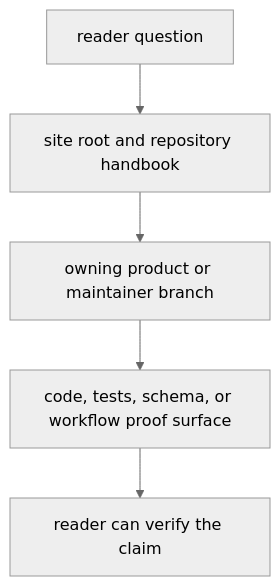
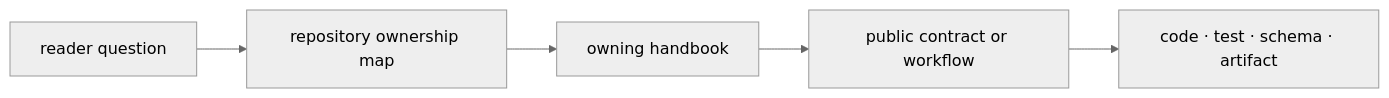
The diagram in docs/01-bijux-proteomics/foundation/documentation-system.md (bijux/bijux-proteomics), drawn with Mermaid (neutral theme) before and after one commit. The commit also changed other lines of this file and 2 other files, not shown here.

Commit message:
docs(repository): define public ownership navigation

````diff
--- a/docs/01-bijux-proteomics/foundation/documentation-system.md
+++ b/docs/01-bijux-proteomics/foundation/documentation-system.md
@@ -18,13 +32,9 @@
 ```mermaid
-flowchart TB
+flowchart LR
     question["reader question"]
-    root["site root and repository handbook"]
-    branch["owning product or maintainer branch"]
-    proof["code, tests, schema, or workflow proof surface"]
-    answer["reader can verify the claim"]
-
-    question --> root
-    root --> branch
-    branch --> proof
-    proof --> answer
+    repository["repository ownership map"]
+    owner["owning handbook"]
+    contract["public contract or workflow"]
+    evidence["code · test · schema · artifact"]
+    question --> repository --> owner --> contract --> evidence
 ```
````
